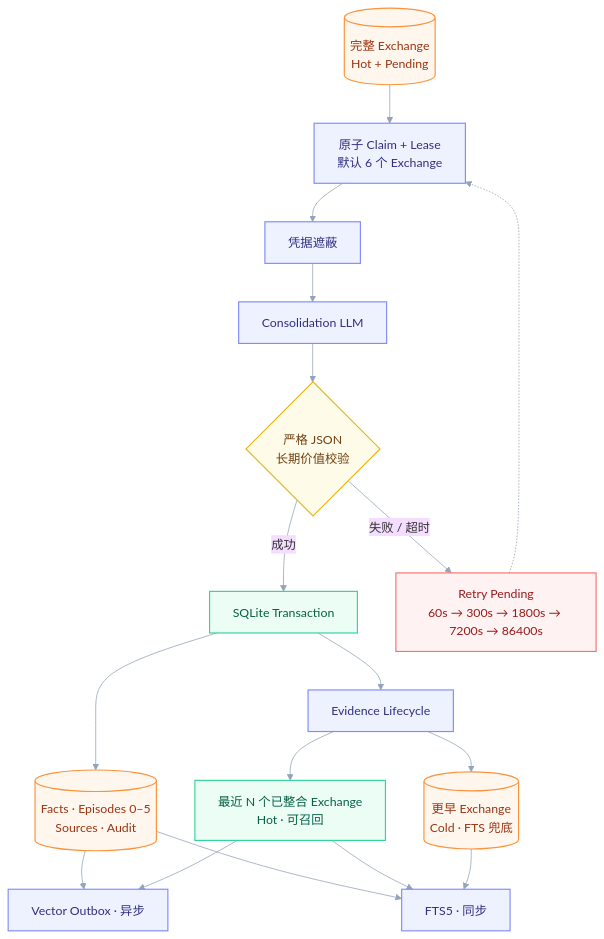
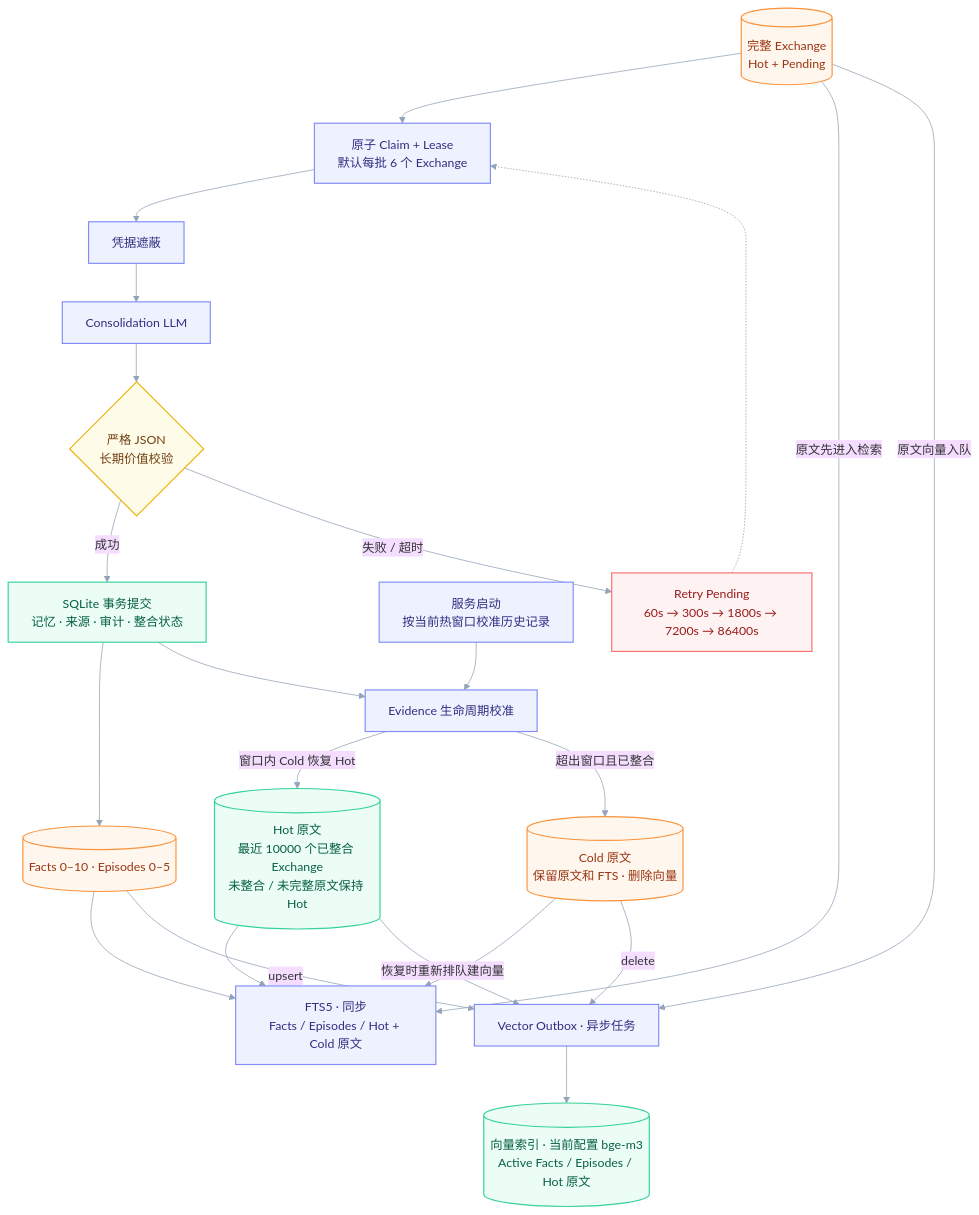
Before and after one commit to zzjzzjzzj423/gugugaga-Agent: the fifth of 5 diagrams in README.md, drawn with Mermaid. The commit also changed other lines of this file and 9 other files, not shown here.

````diff
--- a/README.md
+++ b/README.md
@@ -438,35 +465,39 @@
 ```mermaid
 %%{init: {"theme":"base","themeVariables":{"fontFamily":"Inter, Segoe UI, Microsoft YaHei","lineColor":"#94A3B8","clusterBkg":"#F8FAFC","clusterBorder":"#E2E8F0"}}}%%
 flowchart TB
-    E[("完整 Exchange<br/>Hot + Pending")] --> C["原子 Claim + Lease<br/>默认 6 个 Exchange"]
+    E[("完整 Exchange<br/>Hot + Pending")] --> C["原子 Claim + Lease<br/>默认每批 6 个 Exchange"]
     C --> D["凭据遮蔽"]
     D --> L["Consolidation LLM"]
     L --> V{"严格 JSON<br/>长期价值校验"}
-
-    V -->|"成功"| TX["SQLite Transaction"]
-    TX --> M[("Facts · Episodes 0–5<br/>Sources · Audit")]
-    TX --> LC["Evidence Lifecycle"]
-    LC --> HOT["最近 N 个已整合 Exchange<br/>Hot · 可召回"]
-    LC --> COLD[("更早 Exchange<br/>Cold · FTS 兜底")]
+    V -->|"成功"| TX["SQLite 事务提交<br/>记忆 · 来源 · 审计 · 整合状态"]
+    TX --> M[("Facts 0–10 · Episodes 0–5")]
+    TX --> LC["Evidence 生命周期校准"]
+    START["服务启动<br/>按当前热窗口校准历史记录"] --> LC
+    LC -->|"窗口内 Cold 恢复 Hot"| HOT[("Hot 原文<br/>最近 10000 个已整合 Exchange<br/>未整合 / 未完整原文保持 Hot")]
+    LC -->|"超出窗口且已整合"| COLD[("Cold 原文<br/>保留原文和 FTS · 删除向量")]
 
     V -->|"失败 / 超时"| RP["Retry Pending<br/>60s → 300s → 1800s → 7200s → 86400s"]
     RP -.-> C
 
-    M --> FTS["FTS5 · 同步"]
+    E -->|"原文先进入检索"| FTS["FTS5 · 同步<br/>Facts / Episodes / Hot + Cold 原文"]
+    E -->|"原文向量入队"| OUT["Vector Outbox · 异步任务"]
+    M --> FTS
+    M -->|"upsert"| OUT
     HOT --> FTS
+    HOT -->|"恢复时重新排队建向量"| OUT
     COLD --> FTS
-    M --> OUT["Vector Outbox · 异步"]
-    HOT --> OUT
+    COLD -->|"delete"| OUT
+    OUT --> IDX[("向量索引 · 当前配置 bge-m3<br/>Active Facts / Episodes / Hot 原文")]
 
     classDef source fill:#FFF7ED,stroke:#FB923C,color:#9A3412,stroke-width:1.5px;
     classDef process fill:#EEF2FF,stroke:#818CF8,color:#312E81,stroke-width:1.5px;
     classDef decision fill:#FEFCE8,stroke:#EAB308,color:#713F12,stroke-width:1.5px;
     classDef success fill:#ECFDF5,stroke:#34D399,color:#065F46,stroke-width:1.5px;
     classDef failure fill:#FEF2F2,stroke:#F87171,color:#991B1B,stroke-width:1.5px;
 
     class E,M,COLD source;
-    class C,D,L,LC,FTS,OUT process;
+    class C,D,L,START,LC,FTS,OUT process;
     class V decision;
-    class TX,HOT success;
+    class TX,HOT,IDX success;
     class RP failure;
 ```
````
